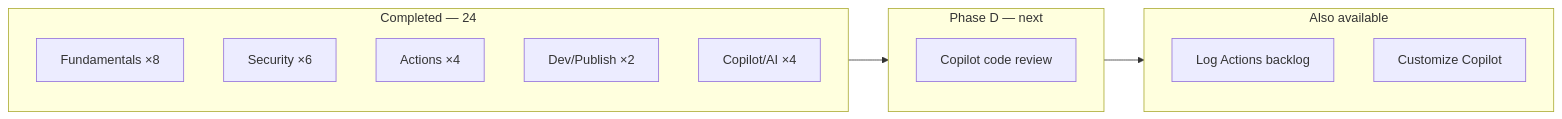
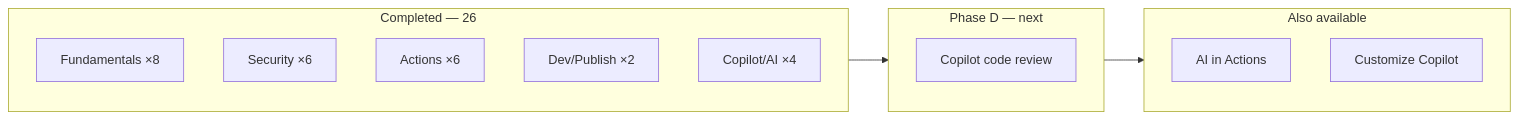
One commit to blackhebrewisraeli/github-skills-journey changed the diagram in ROADMAP.md. Above: the diagram before and after it, drawn with Mermaid. The commit also changed other lines of this file and 1 other file, not shown here.

Commit message:
Log Phase C Actions backlog: Test with Actions + Publish Docker Images (26 total).

````diff
--- a/ROADMAP.md
+++ b/ROADMAP.md
@@ -10,18 +10,18 @@
 ```mermaid
 flowchart LR
-    subgraph done [Completed — 24]
+    subgraph done [Completed — 26]
         F[Fundamentals ×8]
         S[Security ×6]
-        A[Actions ×4]
+        A[Actions ×6]
         D[Dev/Publish ×2]
         C[Copilot/AI ×4]
     end
     subgraph next [Phase D — next]
         CR[Copilot code review]
     end
     subgraph later [Also available]
-        AB[Log Actions backlog]
+        AI[AI in Actions]
         CP[Customize Copilot]
     end
     done --> next --> later
 ```
````
